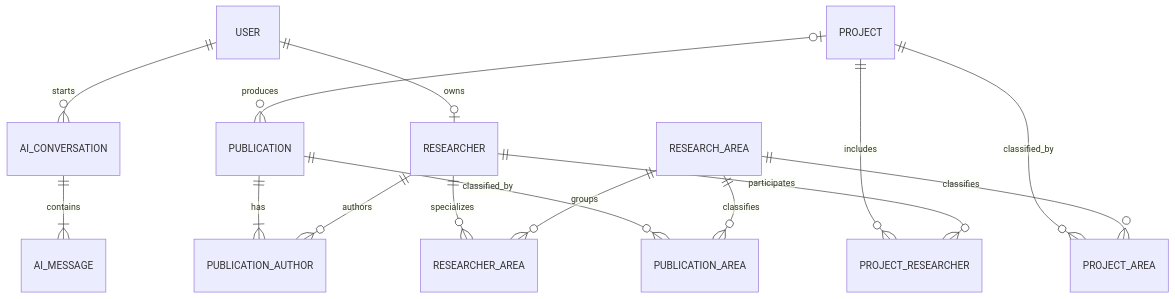
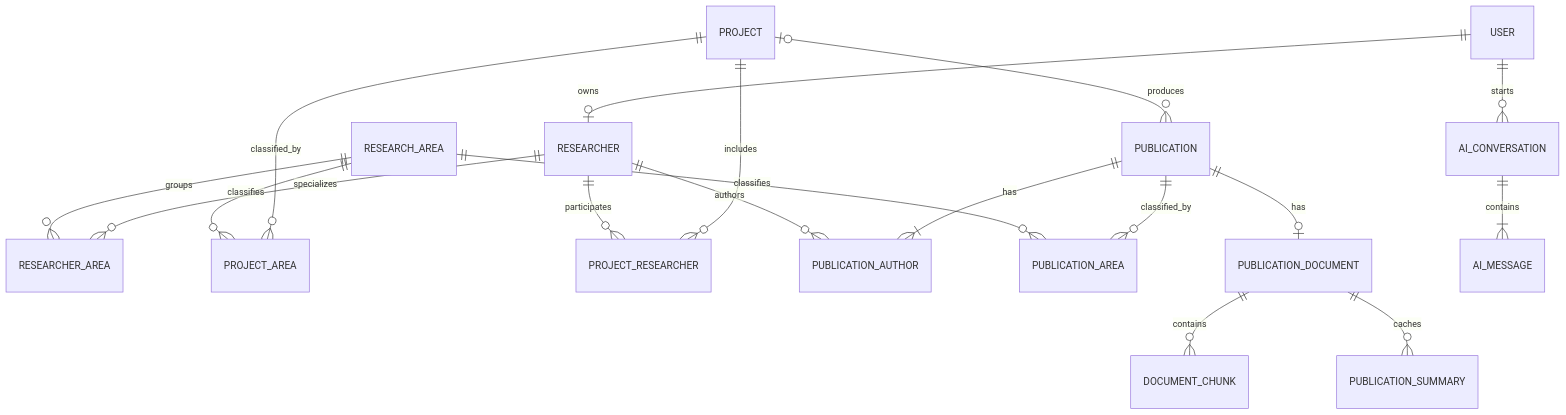
One commit to MahmoudKalekish/Zey-University-Research-Center changed the diagram in docs/DATABASE.md. Above: the diagram before and after it, drawn with Mermaid. The commit also changed other lines of this file and 75 other files, not shown here.

Commit message:
feat: complete local publication document analysis workflow

````diff
--- a/docs/DATABASE.md
+++ b/docs/DATABASE.md
@@ -30,17 +33,20 @@
 ```mermaid
 erDiagram
  USER ||--o| RESEARCHER : owns
  USER ||--o{ AI_CONVERSATION : starts
  RESEARCHER ||--o{ RESEARCHER_AREA : specializes
  RESEARCH_AREA ||--o{ RESEARCHER_AREA : groups
  PROJECT ||--o{ PROJECT_AREA : classified_by
  RESEARCH_AREA ||--o{ PROJECT_AREA : classifies
  PROJECT ||--o{ PROJECT_RESEARCHER : includes
  RESEARCHER ||--o{ PROJECT_RESEARCHER : participates
  PROJECT o|--o{ PUBLICATION : produces
  PUBLICATION ||--|{ PUBLICATION_AUTHOR : has
  RESEARCHER ||--o{ PUBLICATION_AUTHOR : authors
  PUBLICATION ||--o{ PUBLICATION_AREA : classified_by
  RESEARCH_AREA ||--o{ PUBLICATION_AREA : classifies
+ PUBLICATION ||--o| PUBLICATION_DOCUMENT : has
+ PUBLICATION_DOCUMENT ||--o{ DOCUMENT_CHUNK : contains
+ PUBLICATION_DOCUMENT ||--o{ PUBLICATION_SUMMARY : caches
  AI_CONVERSATION ||--|{ AI_MESSAGE : contains
 ```
````
